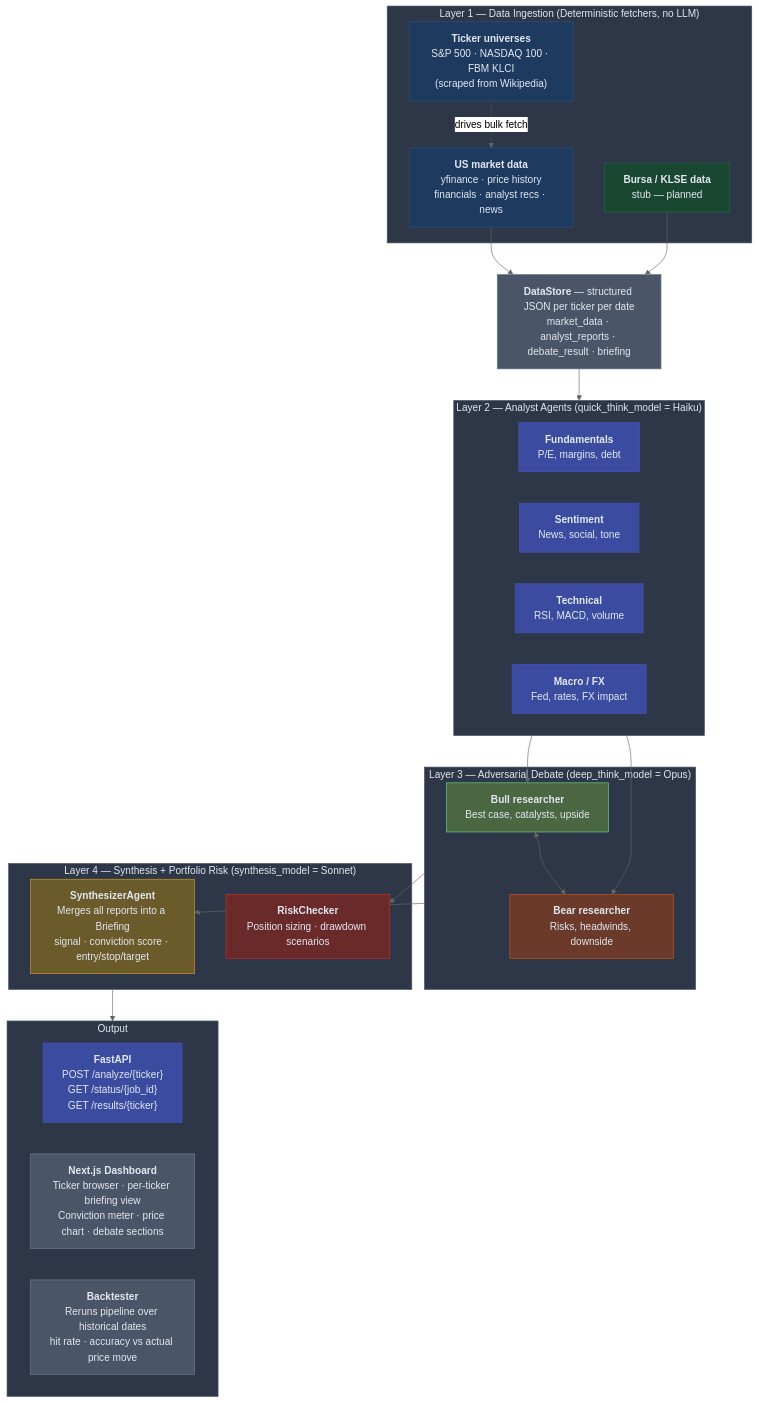
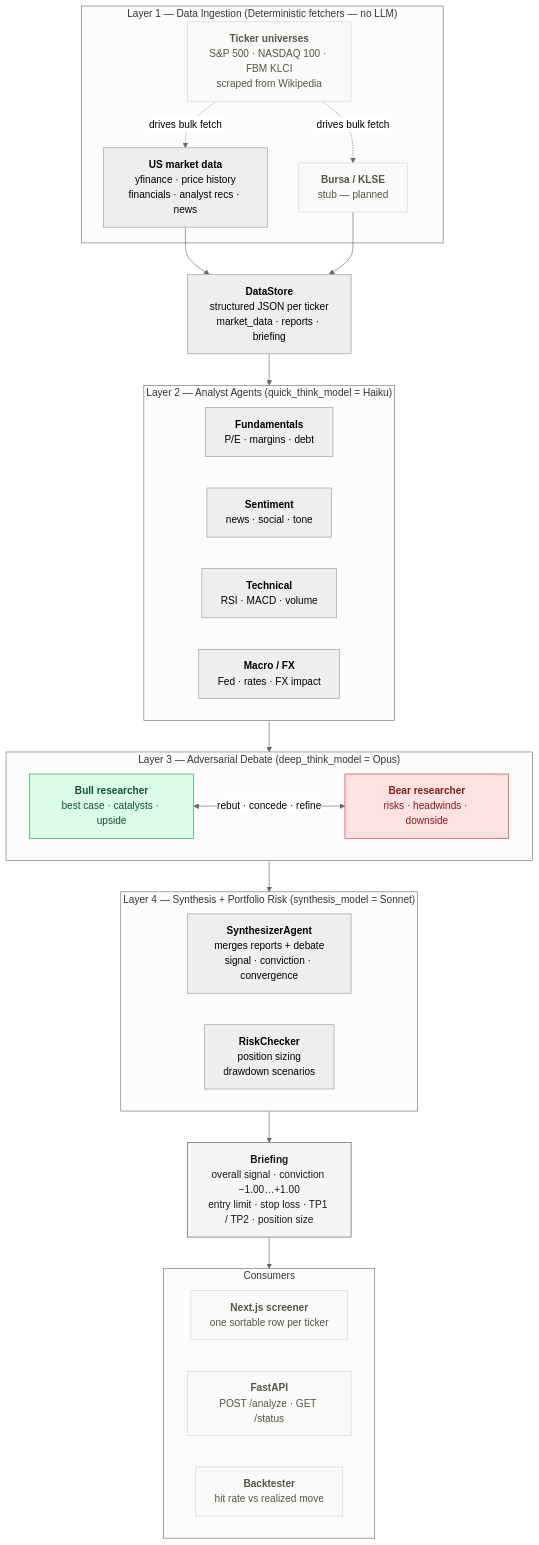
One commit to KelvinYou/ai-stock-analysis changed the diagram in architecture.md. Above: the diagram before and after it, drawn with Mermaid (neutral theme). The commit also changed 7 other files, not shown here.

First line of the commit message:
feat(web): render the pipeline as a flowchart from a single source of truth

````diff
--- a/architecture.md
+++ b/architecture.md
@@ -3,73 +3,62 @@
 ```mermaid
 flowchart TD
-    subgraph L1["Layer 1 — Data Ingestion (Deterministic fetchers, no LLM)"]
+
+    subgraph L1["Layer 1 — Data Ingestion (Deterministic fetchers — no LLM)"]
+        UNI["<b>Ticker universes</b><br/>S&amp;P 500 · NASDAQ 100 · FBM KLCI<br/>scraped from Wikipedia"]
         US["<b>US market data</b><br/>yfinance · price history<br/>financials · analyst recs · news"]
-        MY["<b>Bursa / KLSE data</b><br/>stub — planned"]
-        UNI["<b>Ticker universes</b><br/>S&amp;P 500 · NASDAQ 100 · FBM KLCI<br/>(scraped from Wikipedia)"]
+        MY["<b>Bursa / KLSE</b><br/>stub — planned"]
     end
 
+    UNI -.->|"drives bulk fetch"| US
+    UNI -.->|"drives bulk fetch"| MY
+    SDL["<b>DataStore</b><br/>structured JSON per ticker<br/>market_data · reports · briefing"]
     US --> SDL
     MY --> SDL
-    UNI -.->|drives bulk fetch| US
-    SDL["<b>DataStore</b> — structured JSON per ticker per date<br/>market_data · analyst_reports · debate_result · briefing"]
+
+    subgraph L2["Layer 2 — Analyst Agents (quick_think_model = Haiku)"]
+        direction LR
+        FUN["<b>Fundamentals</b><br/>P/E · margins · debt"]
+        SEN["<b>Sentiment</b><br/>news · social · tone"]
+        TEC["<b>Technical</b><br/>RSI · MACD · volume"]
+        MAC["<b>Macro / FX</b><br/>Fed · rates · FX impact"]
+    end
 
     SDL --> L2
 
-    subgraph L2["Layer 2 — Analyst Agents (quick_think_model = Haiku)"]
+    subgraph L3["Layer 3 — Adversarial Debate (deep_think_model = Opus)"]
         direction LR
-        FUN["<b>Fundamentals</b><br/>P/E, margins, debt"]
-        SEN["<b>Sentiment</b><br/>News, social, tone"]
-        TEC["<b>Technical</b><br/>RSI, MACD, volume"]
-        MAC["<b>Macro / FX</b><br/>Fed, rates, FX impact"]
+        BULL["<b>Bull researcher</b><br/>best case · catalysts · upside"]
+        BEAR["<b>Bear researcher</b><br/>risks · headwinds · downside"]
+        BULL <-->|"rebut · concede · refine"| BEAR
     end
 
-    L2 --> BULL
-    L2 --> BEAR
+    L2 --> L3
 
-    subgraph L3["Layer 3 — Adversarial Debate (deep_think_model = Opus)"]
-        BULL["<b>Bull researcher</b><br/>Best case, catalysts, upside"]
-        BEAR["<b>Bear researcher</b><br/>Risks, headwinds, downside"]
-        BULL <--> BEAR
+    subgraph L4["Layer 4 — Synthesis + Portfolio Risk (synthesis_model = Sonnet)"]
+        direction LR
+        SYN["<b>SynthesizerAgent</b><br/>merges reports + debate<br/>signal · conviction · convergence"]
+        RISK["<b>RiskChecker</b><br/>position sizing<br/>drawdown scenarios"]
     end
 
-    L3 --> SYN
-    L3 --> RISK
+    L3 --> L4
 
-    subgraph L4["Layer 4 — Synthesis + Portfolio Risk (synthesis_model = Sonnet)"]
-        SYN["<b>SynthesizerAgent</b><br/>Merges all reports into a Briefing<br/>signal · conviction score · entry/stop/target"]
-        RISK["<b>RiskChecker</b><br/>Position sizing · drawdown scenarios"]
-    end
-
+    OUT["<b>Briefing</b><br/>overall signal · conviction −1.00…+1.00<br/>entry limit · stop loss · TP1 / TP2 · position size"]
     L4 --> OUT
 
-    subgraph OUT["Output"]
-        API["<b>FastAPI</b><br/>POST /analyze/{ticker}<br/>GET /status/{job_id}<br/>GET /results/{ticker}"]
-        DASH["<b>Next.js Dashboard</b><br/>Ticker browser · per-ticker briefing view<br/>Conviction meter · price chart · debate sections"]
-        BT["<b>Backtester</b><br/>Reruns pipeline over historical dates<br/>hit rate · accuracy vs actual price move"]
+    subgraph CONSUMERS["Consumers"]
+        direction LR
+        DASH["<b>Next.js screener</b><br/>one sortable row per ticker"]
+        API["<b>FastAPI</b><br/>POST /analyze · GET /status"]
+        BT["<b>Backtester</b><br/>hit rate vs realized move"]
     end
+    OUT --> CONSUMERS
 
-    style L1 fill:#2d3748,stroke:#4a5568,color:#e2e8f0
-    style US fill:#1e3a5f,stroke:#2c5282,color:#e2e8f0
-    style MY fill:#1a4731,stroke:#276749,color:#e2e8f0
-    style UNI fill:#1e3a5f,stroke:#2c5282,color:#e2e8f0
-    style SDL fill:#4a5568,stroke:#718096,color:#e2e8f0
-
-    style L2 fill:#2d3748,stroke:#4a5568,color:#e2e8f0
-    style FUN fill:#3b4ca0,stroke:#4c51bf,color:#e2e8f0
-    style SEN fill:#3b4ca0,stroke:#4c51bf,color:#e2e8f0
-    style TEC fill:#3b4ca0,stroke:#4c51bf,color:#e2e8f0
-    style MAC fill:#3b4ca0,stroke:#4c51bf,color:#e2e8f0
-
-    style L3 fill:#2d3748,stroke:#4a5568,color:#e2e8f0
-    style BULL fill:#4a6741,stroke:#68d391,color:#e2e8f0
-    style BEAR fill:#6b3a2a,stroke:#c05621,color:#e2e8f0
-
-    style L4 fill:#2d3748,stroke:#4a5568,color:#e2e8f0
-    style SYN fill:#6b5b2a,stroke:#d69e2e,color:#e2e8f0
-    style RISK fill:#6b2a2a,stroke:#c53030,color:#e2e8f0
-
-    style OUT fill:#2d3748,stroke:#4a5568,color:#e2e8f0
-    style API fill:#3b4ca0,stroke:#4c51bf,color:#e2e8f0
-    style DASH fill:#4a5568,stroke:#718096,color:#e2e8f0
-    style BT fill:#4a5568,stroke:#718096,color:#e2e8f0
+    style UNI fill:#fafaf9,stroke:#d6d3d1,color:#57534e
+    style MY fill:#fafaf9,stroke:#d6d3d1,color:#57534e
+    style BULL fill:#dcfce7,stroke:#16a34a,color:#14532d
+    style BEAR fill:#fee2e2,stroke:#dc2626,color:#7f1d1d
+    style OUT fill:#f5f5f4,stroke:#57534e,color:#1c1917
+    style DASH fill:#fafaf9,stroke:#d6d3d1,color:#57534e
+    style API fill:#fafaf9,stroke:#d6d3d1,color:#57534e
+    style BT fill:#fafaf9,stroke:#d6d3d1,color:#57534e
 ```
````
